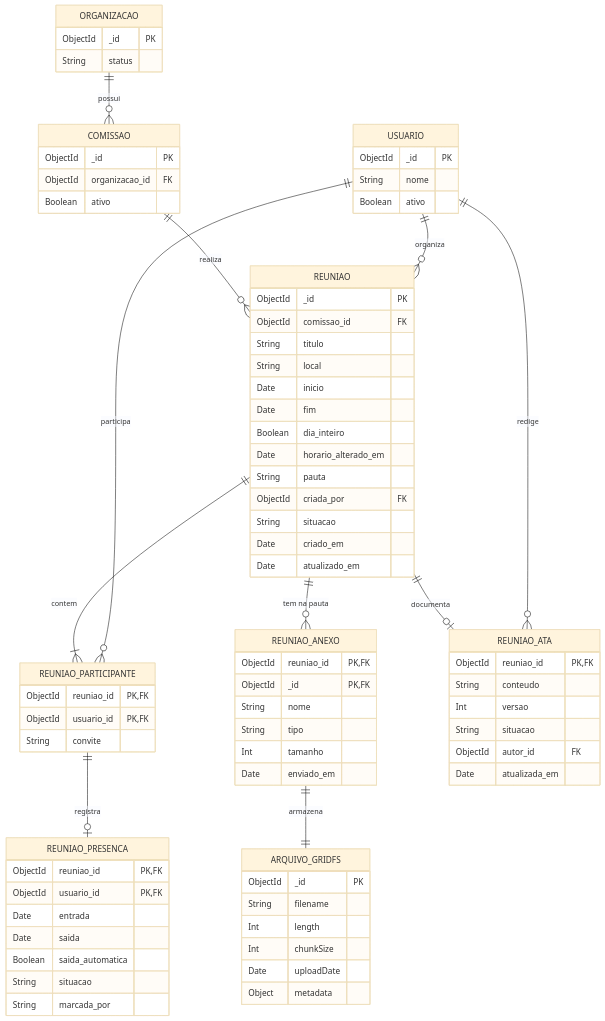
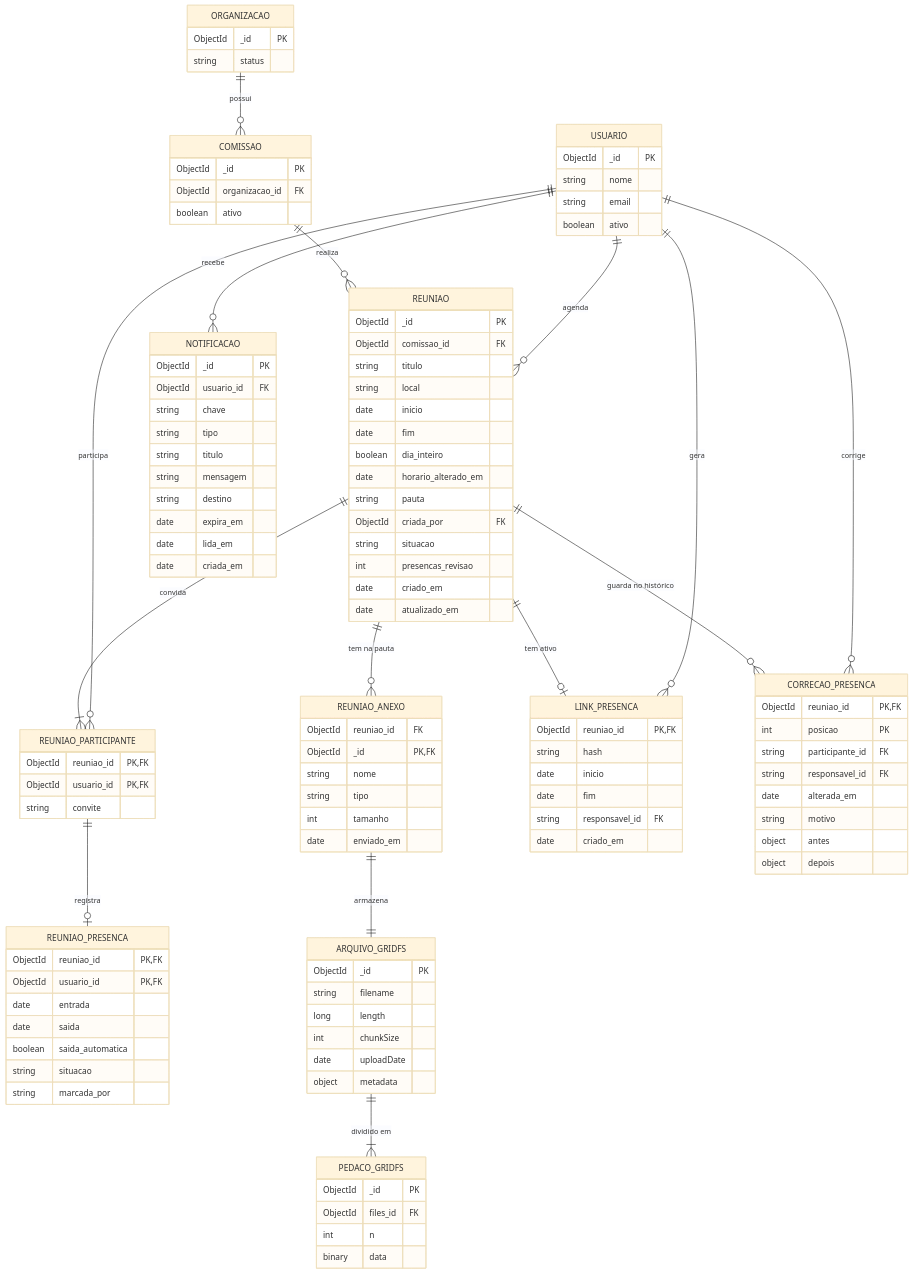
The diagram in 3 - Incremento2/reunioes/4 - diagrama-relacional-reunioes.md (Conecta-IFSP/DOCUMENTATION), drawn with Mermaid (base theme) before and after one commit. The commit also changed other lines of this file and 10 other files, not shown here.

Commit message:
Revisa a documentação de reuniões e inclui a presença por link

````diff
--- a/3 - Incremento2/reunioes/4 - diagrama-relacional-reunioes.md
+++ b/3 - Incremento2/reunioes/4 - diagrama-relacional-reunioes.md
@@ -14,80 +14,114 @@
 erDiagram
     ORGANIZACAO ||--o{ COMISSAO : possui
     COMISSAO ||--o{ REUNIAO : realiza
-    USUARIO ||--o{ REUNIAO : organiza
-    REUNIAO ||--|{ REUNIAO_PARTICIPANTE : contem
+    USUARIO ||--o{ REUNIAO : agenda
+    REUNIAO ||--|{ REUNIAO_PARTICIPANTE : convida
     USUARIO ||--o{ REUNIAO_PARTICIPANTE : participa
     REUNIAO_PARTICIPANTE ||--o| REUNIAO_PRESENCA : registra
     REUNIAO ||--o{ REUNIAO_ANEXO : "tem na pauta"
     REUNIAO_ANEXO ||--|| ARQUIVO_GRIDFS : armazena
-    REUNIAO ||--o| REUNIAO_ATA : documenta
-    USUARIO ||--o{ REUNIAO_ATA : redige
+    ARQUIVO_GRIDFS ||--|{ PEDACO_GRIDFS : "dividido em"
+    REUNIAO ||--o| LINK_PRESENCA : "tem ativo"
+    USUARIO ||--o{ LINK_PRESENCA : gera
+    REUNIAO ||--o{ CORRECAO_PRESENCA : "guarda no histórico"
+    USUARIO ||--o{ CORRECAO_PRESENCA : corrige
+    USUARIO ||--o{ NOTIFICACAO : recebe
 
     REUNIAO {
         ObjectId _id PK
         ObjectId comissao_id FK
-        String titulo
-        String local
-        Date inicio
-        Date fim
-        Boolean dia_inteiro
-        Date horario_alterado_em
-        String pauta
+        string titulo
+        string local
+        date inicio
+        date fim
+        boolean dia_inteiro
+        date horario_alterado_em
+        string pauta
         ObjectId criada_por FK
-        String situacao
-        Date criado_em
-        Date atualizado_em
-    }
-    REUNIAO_ANEXO {
-        ObjectId reuniao_id PK,FK
-        ObjectId _id PK,FK
-        String nome
-        String tipo
-        Int tamanho
-        Date enviado_em
-    }
-    ARQUIVO_GRIDFS {
-        ObjectId _id PK
-        String filename
-        Int length
-        Int chunkSize
-        Date uploadDate
-        Object metadata
+        string situacao
+        int presencas_revisao
+        date criado_em
+        date atualizado_em
     }
     REUNIAO_PARTICIPANTE {
         ObjectId reuniao_id PK,FK
         ObjectId usuario_id PK,FK
-        String convite
+        string convite
     }
     REUNIAO_PRESENCA {
         ObjectId reuniao_id PK,FK
         ObjectId usuario_id PK,FK
-        Date entrada
-        Date saida
-        Boolean saida_automatica
-        String situacao
-        String marcada_por
+        date entrada
+        date saida
+        boolean saida_automatica
+        string situacao
+        string marcada_por
     }
-    REUNIAO_ATA {
+    REUNIAO_ANEXO {
+        ObjectId reuniao_id FK
+        ObjectId _id PK,FK
+        string nome
+        string tipo
+        int tamanho
+        date enviado_em
+    }
+    ARQUIVO_GRIDFS {
+        ObjectId _id PK
+        string filename
+        long length
+        int chunkSize
+        date uploadDate
+        object metadata
+    }
+    PEDACO_GRIDFS {
+        ObjectId _id PK
+        ObjectId files_id FK
+        int n
+        binary data
+    }
+    LINK_PRESENCA {
         ObjectId reuniao_id PK,FK
-        String conteudo
-        Int versao
-        String situacao
-        ObjectId autor_id FK
-        Date atualizada_em
+        string hash
+        date inicio
+        date fim
+        string responsavel_id FK
+        date criado_em
+    }
+    CORRECAO_PRESENCA {
+        ObjectId reuniao_id PK,FK
+        int posicao PK
+        string participante_id FK
+        string responsavel_id FK
+        date alterada_em
+        string motivo
+        object antes
+        object depois
+    }
+    NOTIFICACAO {
+        ObjectId _id PK
+        ObjectId usuario_id FK
+        string chave
+        string tipo
+        string titulo
+        string mensagem
+        string destino
+        date expira_em
+        date lida_em
+        date criada_em
     }
     COMISSAO {
         ObjectId _id PK
         ObjectId organizacao_id FK
-        Boolean ativo
+        boolean ativo
     }
     ORGANIZACAO {
         ObjectId _id PK
-        String status
+        string status
     }
     USUARIO {
         ObjectId _id PK
-        String nome
-        Boolean ativo
+        string nome
+        string email
+        boolean ativo
     }
 ```
````
